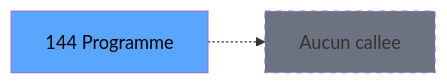
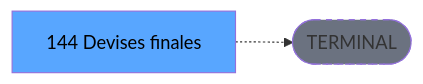
Before and after one commit to thonyAGP/lecteur-magic: the third of 3 diagrams in .openspec/renders/ADH-IDE-144.md, drawn with Mermaid. The commit also changed other lines of this file and 701 other files, not shown here.

````diff
--- a/.openspec/renders/ADH-IDE-144.md
+++ b/.openspec/renders/ADH-IDE-144.md
@@ -146,8 +137,8 @@
 ```mermaid
 graph LR
-    T[144 Programme]
-    NONE[Aucun callee]
-    T -.-> NONE
+    T[144 Devises finales]
+    TERM([TERMINAL])
+    T -.-> TERM
+    style TERM fill:#6b7280,stroke-dasharray: 5 5
     style T fill:#58a6ff,color:#000
-    style NONE fill:#6b7280,stroke-dasharray: 5 5
 ```
````
